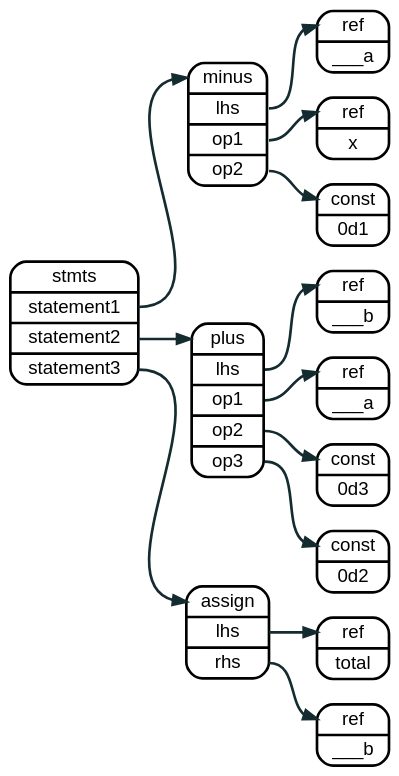
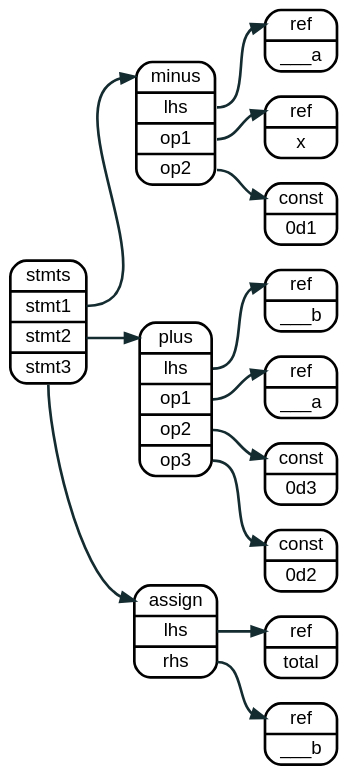
Before and after one commit to sakshi15108/lnast-doc: the diagram in source/graphviz/assign_simple_expression.dot, drawn with Graphviz. The commit also changed 29 other files, not shown here.

```diff
--- a/source/graphviz/assign_simple_expression.dot
+++ b/source/graphviz/assign_simple_expression.dot
@@ -1,42 +1,42 @@
 digraph assign {
   rankdir=LR
   bgcolor="transparent"
 
   node  [fontname = "helvetica", shape=record, style="rounded", penwidth = 2];
   edge  [fontname = "helvetica", color="#142b30", arrowhead="normal", penwidth = 2];
   graph [fontname = "helvetica"];
 
 
   nodea0 [label = "<a> minus | <l> lhs  | <r1> op1 | <r2> op2 "];
   nodea1 [label = "<a> ref   | <l> ___a"];
   nodea2 [label = "<a> ref   | <l> x"];
   nodea3 [label = "<a> const | <l> 0d1"];
 
   nodeb0 [label = "<a> plus | <l> lhs  | <r1> op1 | <r2> op2 | <r3> op3 "];
   nodeb1 [label = "<a> ref   | <l> ___b"];
   nodeb2 [label = "<a> ref   | <l> ___a"];
   nodeb3 [label = "<a> const | <l> 0d3"];
   nodeb4 [label = "<a> const | <l> 0d2"];
 
   node5 [label = "<a> assign | <l> lhs  | <r> rhs"];
   node6 [label = "<a> ref   | <l> total"];
   node7 [label = "<a> ref   | <l> ___b"];
 
-  node8 [label = "<a> stmts | <s1> statement1 | <s2> statement2 | <s3> statement3"];
+  node8 [label = "<a> stmts | <s1> stmt1 | <s2> stmt2 | <s3> stmt3"];
 
   node8:s1 -> nodea0:a;
   node8:s2 -> nodeb0:a;
   node8:s3 -> node5:a;
 
   nodea0:l -> nodea1:a;
   nodea0:r1 -> nodea2:a;
   nodea0:r2 -> nodea3:a;
 
   nodeb0:l -> nodeb1:a;
   nodeb0:r1 -> nodeb2:a;
   nodeb0:r2 -> nodeb3:a;
   nodeb0:r3 -> nodeb4:a;
 
   node5:l -> node6:a;
   node5:r -> node7:a;
 }
```
